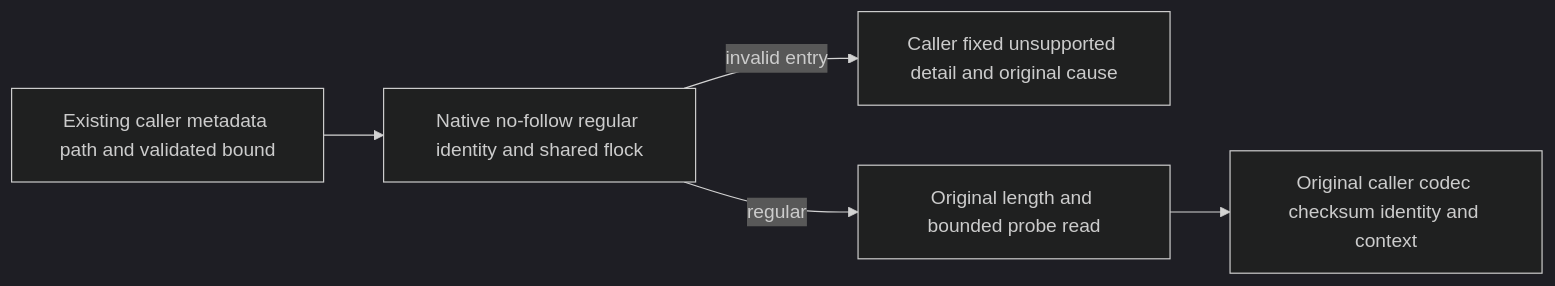
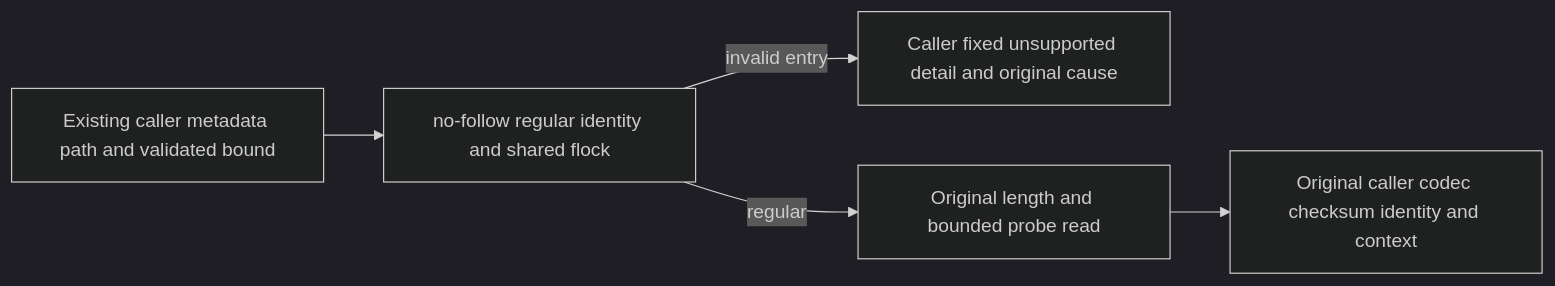
One commit to managedcode/KeyLoad changed the diagram in docs/Features/StorageRecovery/MetadataRegularFileReader.md. Above: the diagram before and after it, drawn with Mermaid (dark theme). The commit also changed other lines of this file and 9016 other files, not shown here.

````diff
--- a/docs/Features/StorageRecovery/MetadataRegularFileReader.md
+++ b/docs/Features/StorageRecovery/MetadataRegularFileReader.md
@@ -17,7 +17,7 @@
 ```mermaid
 flowchart LR
- A[Existing caller metadata path and validated bound] --> B[Native no-follow regular identity and shared flock]
+ A[Existing caller metadata path and validated bound] --> B[no-follow regular identity and shared flock]
  B -->|invalid entry| C[Caller fixed unsupported detail and original cause]
  B -->|regular| D[Original length and bounded probe read]
  D --> E[Original caller codec checksum identity and context]
 ```
````
